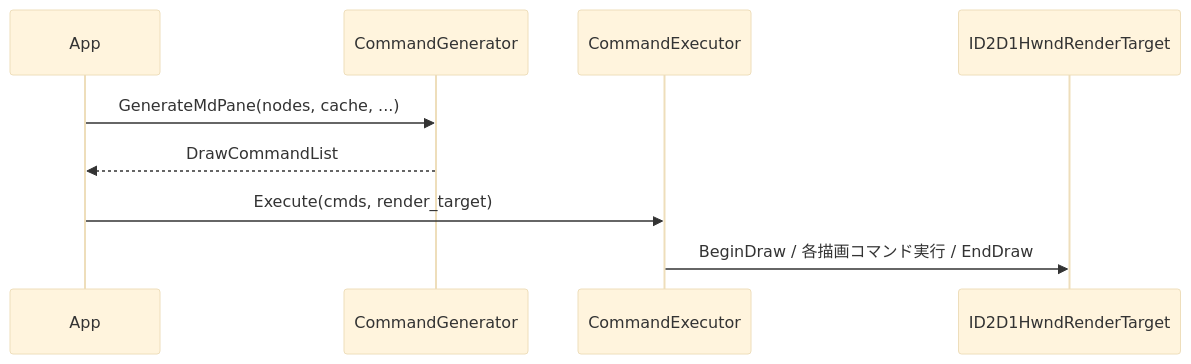
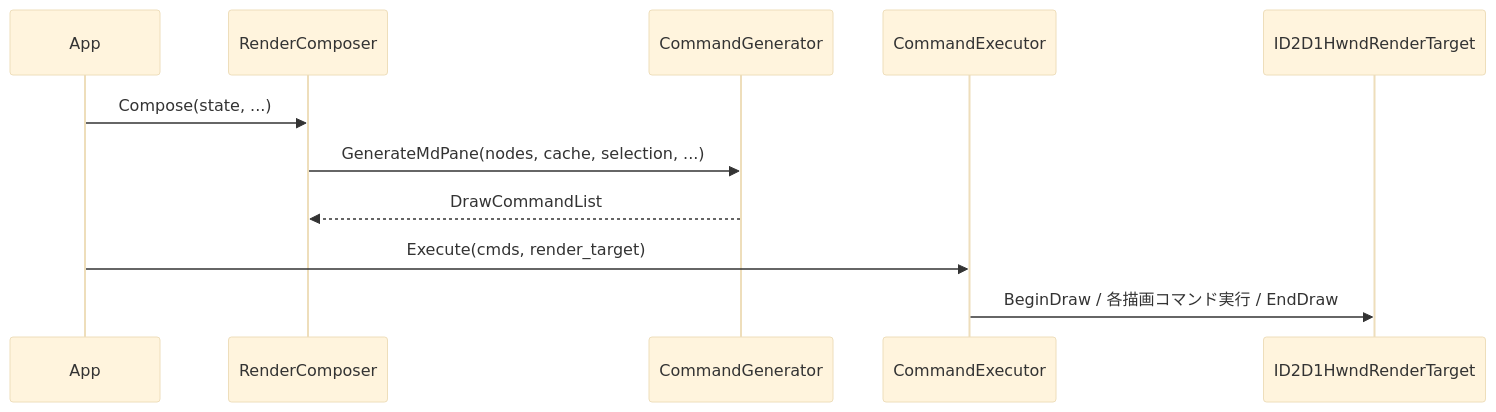
Before and after one commit to tanaton/mendo: the eighth of 27 diagrams in example/test.md, drawn with Mermaid (base theme). The commit also changed other lines of this file, not shown here.

````diff
--- a/example/test.md
+++ b/example/test.md
@@ -643,12 +756,14 @@
 ```mermaid
 sequenceDiagram
     participant APP as App
+    participant RC as RenderComposer
     participant CG as CommandGenerator
     participant CE as CommandExecutor
     participant RT as ID2D1HwndRenderTarget
 
-    APP->>CG: GenerateMdPane(nodes, cache, ...)
-    CG-->>APP: DrawCommandList
+    APP->>RC: Compose(state, ...)
+    RC->>CG: GenerateMdPane(nodes, cache, selection, ...)
+    CG-->>RC: DrawCommandList
     APP->>CE: Execute(cmds, render_target)
     CE->>RT: BeginDraw / 各描画コマンド実行 / EndDraw
 ```
````
